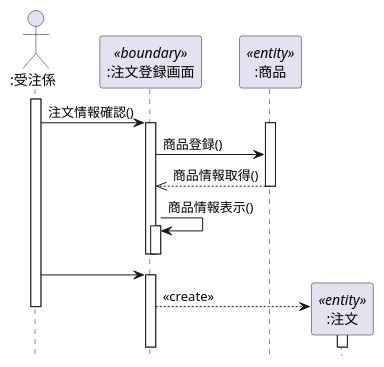
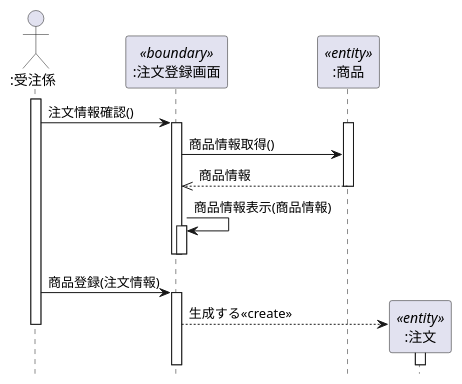
Before and after one commit to omorirenka/uml-introduction: the diagram in 演習4-4_SD_商品注文.pu, drawn with PlantUML.

Commit message:
演習4-4修正

```diff
--- a/演習4-4_SD_商品注文.pu
+++ b/演習4-4_SD_商品注文.pu
@@ -1,27 +1,27 @@
 @startuml
 hide footbox
 Actor ":受注係" as orderP
 participant ":注文登録画面" as register <<boundary>>
 participant ":商品" as product <<entity>>
 participant ":注文" as order <<entity>>
 
 activate orderP
     orderP -> register:注文情報確認()
     activate register
         activate product
-            register -> product:商品登録()
-            register <<-- product:商品情報取得()
+            register -> product:商品情報取得()
+            register <<-- product:商品情報
         deactivate product
-        register -> register:商品情報表示()
+        register -> register:商品情報表示(商品情報)
         activate register
         deactivate register
     deactivate register
-    orderP -> register
+    orderP -> register : 商品登録(注文情報)
     activate register
     create order
-    register --> order:<<create>>
+    register --> order:生成する<<create>>
     activate order
     deactivate order
 deactivate orderP
 
 @enduml
```
